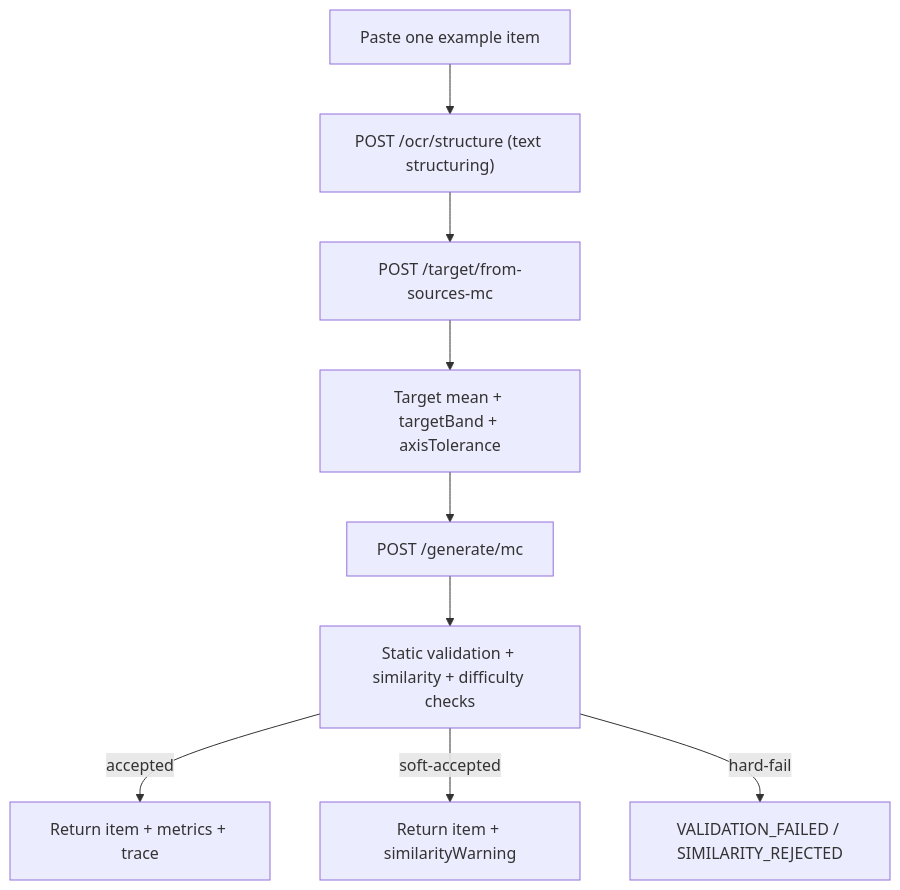
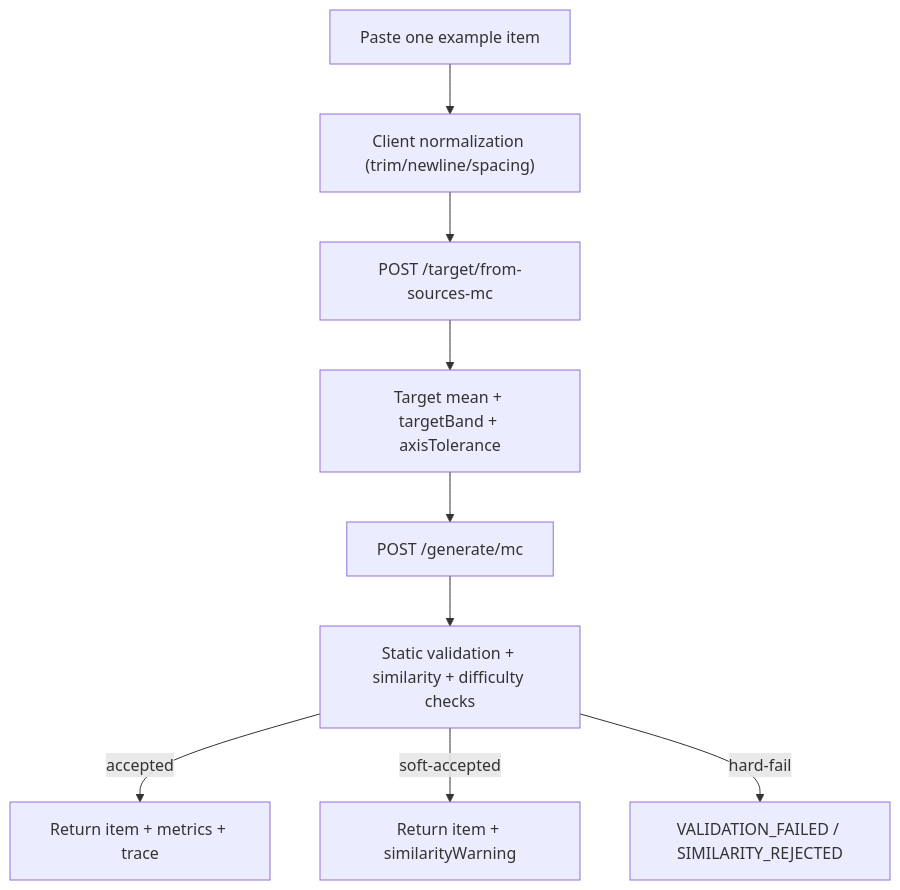
The diagram in README.md (MakikoOhashi/deterministic-ai-control-engine), drawn with Mermaid before and after one commit. The commit also changed other lines of this file and 2 other files, not shown here.

Commit message:
frontend から POST /ocr/structure 呼び出しを削除

````diff
--- a/README.md
+++ b/README.md
@@ -132,11 +133,11 @@
 ```mermaid
 flowchart TD
-  A["Paste one example item"] --> B["POST /ocr/structure (text structuring)"]
+  A["Paste one example item"] --> B["Client normalization (trim/newline/spacing)"]
   B --> C["POST /target/from-sources-mc"]
   C --> D["Target mean + targetBand + axisTolerance"]
   D --> E["POST /generate/mc"]
   E --> F["Static validation + similarity + difficulty checks"]
   F -->|accepted| G["Return item + metrics + trace"]
   F -->|soft-accepted| H["Return item + similarityWarning"]
   F -->|hard-fail| I["VALIDATION_FAILED / SIMILARITY_REJECTED"]
 ```
````
